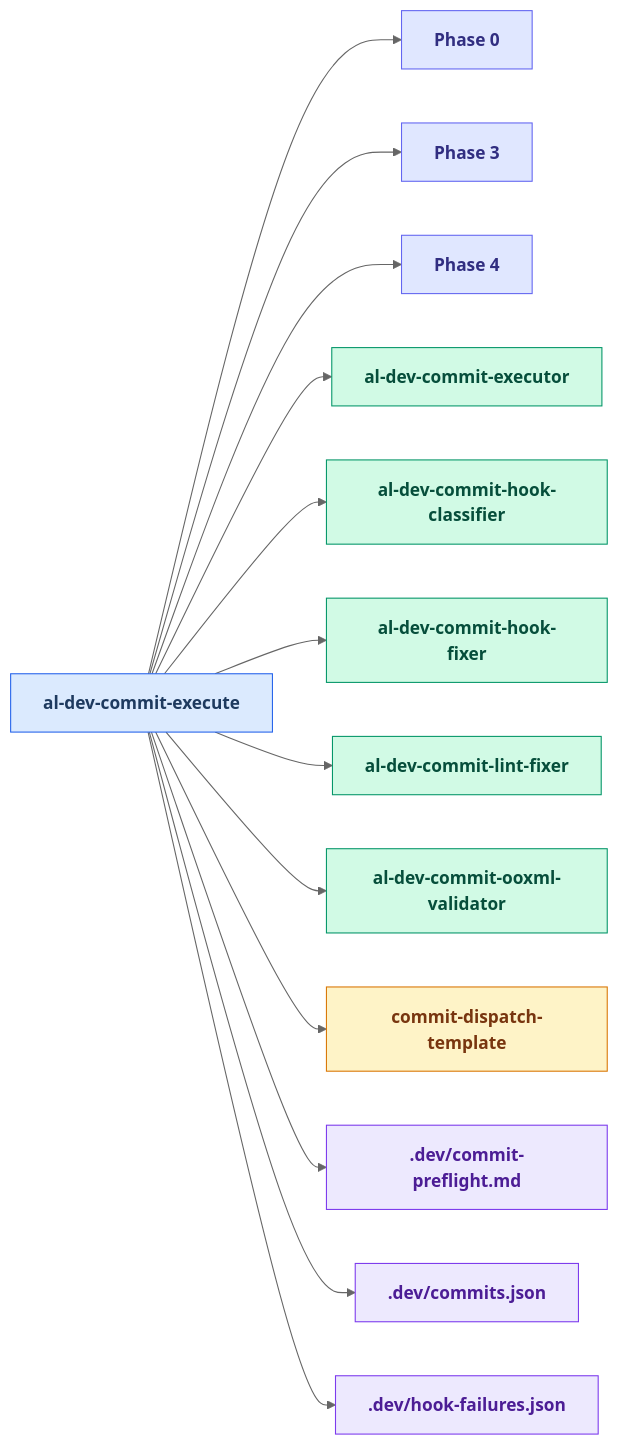
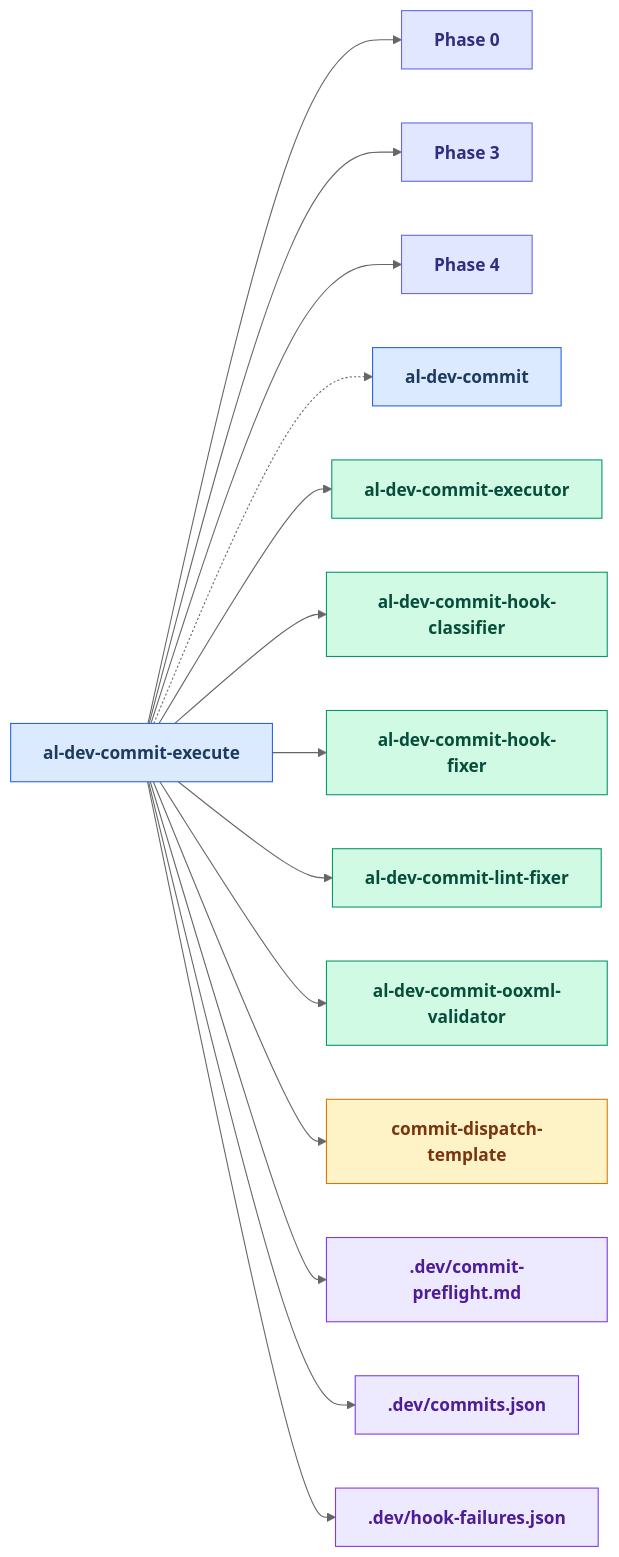
Before and after one commit to russell-laing/al-dev-shared: diagram 14 of 25 in docs/al-dev-skills-map.md, drawn with Mermaid (neutral theme). The commit also changed other lines of this file and 4 other files, not shown here.

Commit message:
🚚 refactor(al-dev-commit-recover): apply content edits + regen maps

````diff
--- a/docs/al-dev-skills-map.md
+++ b/docs/al-dev-skills-map.md
@@ -698,49 +713,52 @@
 ```mermaid
 flowchart LR
     classDef skillNode fill:#dbeafe,stroke:#2563eb,color:#1e3a5f,font-weight:bold
     classDef agentNode fill:#d1fae5,stroke:#059669,color:#064e3b,font-weight:bold
     classDef knowledgeNode fill:#fef3c7,stroke:#d97706,color:#78350f,font-weight:bold
     classDef artifactNode fill:#ede9fe,stroke:#7c3aed,color:#4c1d95,font-weight:bold
     classDef phaseNode fill:#e0e7ff,stroke:#6366f1,color:#312e81,font-weight:bold
 
     skill_al_dev_commit_execute[al-dev-commit-execute]
     Phase0["Phase 0"]
     Phase3["Phase 3"]
     Phase4["Phase 4"]
+    skill_al_dev_commit[al-dev-commit]
     agent_al_dev_commit_executor[al-dev-commit-executor]
     agent_al_dev_commit_hook_classifier[al-dev-commit-hook-classifier]
     agent_al_dev_commit_hook_fixer[al-dev-commit-hook-fixer]
     agent_al_dev_commit_lint_fixer[al-dev-commit-lint-fixer]
     agent_al_dev_commit_ooxml_validator[al-dev-commit-ooxml-validator]
     knowledge_commit_dispatch_template_md[commit-dispatch-template]
     artifact_commit_preflight_md[.dev/commit-preflight.md]
     artifact_commits_json[.dev/commits.json]
     artifact_hook_failures_json[.dev/hook-failures.json]
 
     skill_al_dev_commit_execute --> Phase0
     skill_al_dev_commit_execute --> Phase3
     skill_al_dev_commit_execute --> Phase4
+    skill_al_dev_commit_execute -.-> skill_al_dev_commit
     skill_al_dev_commit_execute --> agent_al_dev_commit_executor
     skill_al_dev_commit_execute --> agent_al_dev_commit_hook_classifier
     skill_al_dev_commit_execute --> agent_al_dev_commit_hook_fixer
     skill_al_dev_commit_execute --> agent_al_dev_commit_lint_fixer
     skill_al_dev_commit_execute --> agent_al_dev_commit_ooxml_validator
     skill_al_dev_commit_execute --> knowledge_commit_dispatch_template_md
     skill_al_dev_commit_execute --> artifact_commit_preflight_md
     skill_al_dev_commit_execute --> artifact_commits_json
     skill_al_dev_commit_execute --> artifact_hook_failures_json
 
     class skill_al_dev_commit_execute skillNode
     class Phase0 phaseNode
     class Phase3 phaseNode
     class Phase4 phaseNode
+    class skill_al_dev_commit skillNode
     class agent_al_dev_commit_executor agentNode
     class agent_al_dev_commit_hook_classifier agentNode
     class agent_al_dev_commit_hook_fixer agentNode
     class agent_al_dev_commit_lint_fixer agentNode
     class agent_al_dev_commit_ooxml_validator agentNode
     class knowledge_commit_dispatch_template_md knowledgeNode
     class artifact_commit_preflight_md artifactNode
     class artifact_commits_json artifactNode
     class artifact_hook_failures_json artifactNode
 ```
````
